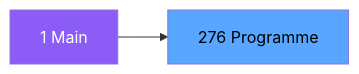
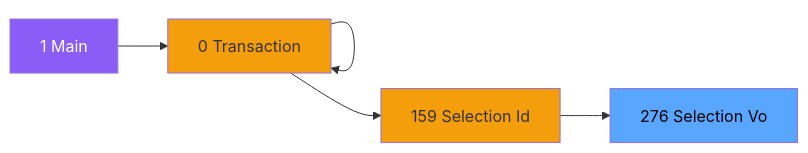
Before and after one commit to thonyAGP/magic-migration: the second of 3 diagrams in .openspec/specs/ADH-IDE-276.md, drawn with Mermaid. The commit also changed other lines of this file and 323 other files, not shown here.

````diff
--- a/.openspec/specs/ADH-IDE-276.md
+++ b/.openspec/specs/ADH-IDE-276.md
@@ -98,8 +124,20 @@
 ```mermaid
 graph LR
     M[1 Main]
-    T[276 Programme]
-    M --> T
+    N0[0 Transaction ]
+    N0[0 Transaction ]
+    N0[0 Transaction ]
+    N159[159 Selection Id]
+    T[276 Selection Vo]
+    M --> N0
+    N0 --> N0
+    N0 --> N0
+    N0 --> N159
+    N159 --> T
     style M fill:#8b5cf6,color:#fff
+    style N0 fill:#f59e0b
+    style N0 fill:#f59e0b
+    style N0 fill:#f59e0b
+    style N159 fill:#f59e0b
     style T fill:#58a6ff,color:#000
 ```
````
